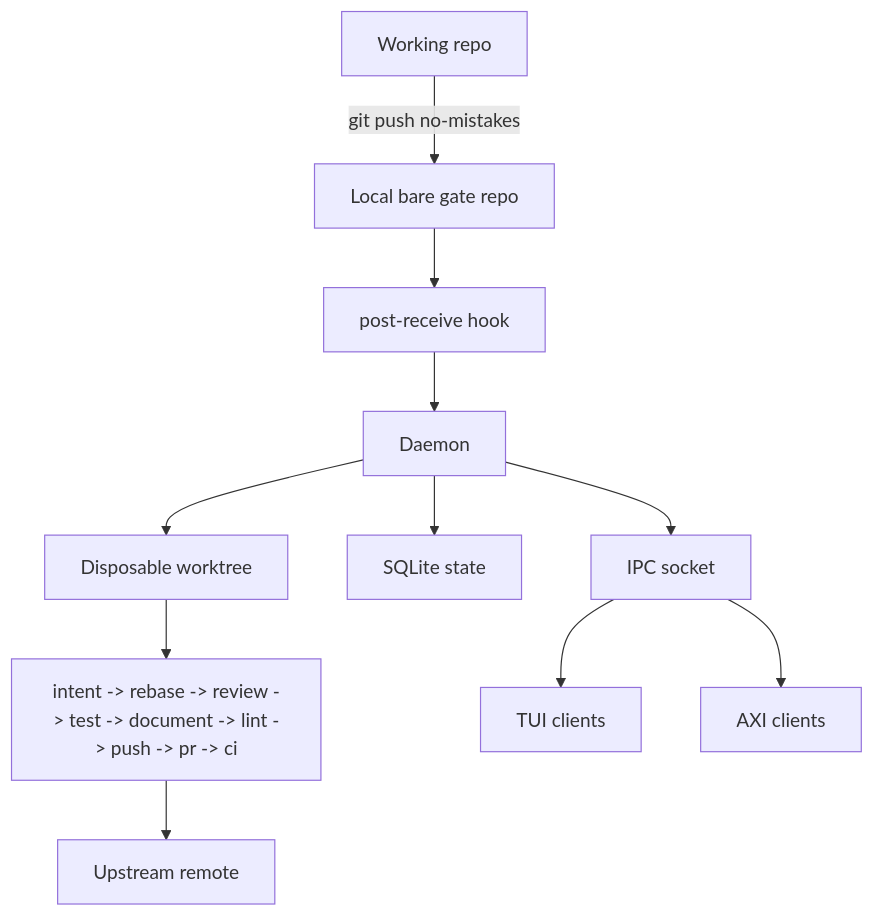
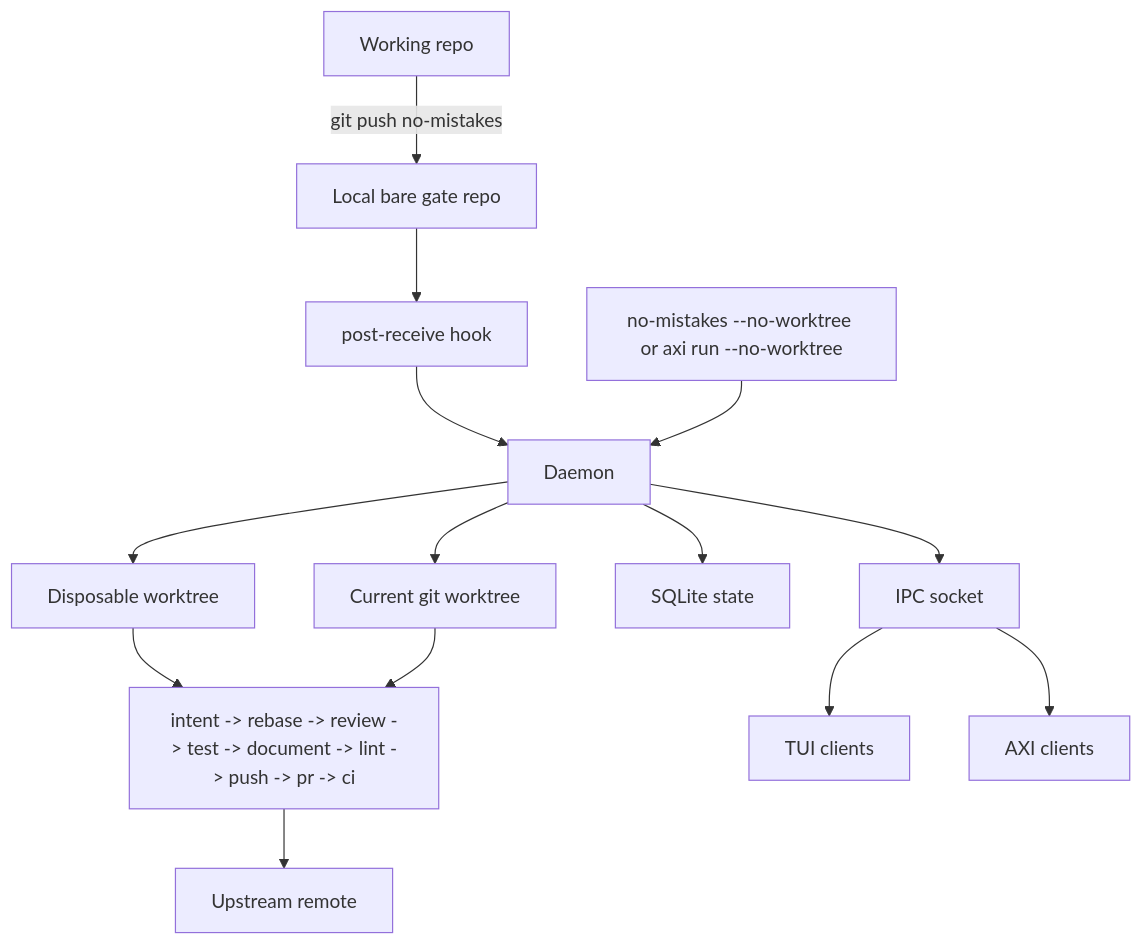
The diagram in docs/src/content/docs/concepts/gate-model.md (anhle128/no-mistakes), drawn with Mermaid before and after one commit. The commit also changed other lines of this file and 52 other files, not shown here.

````diff
--- a/docs/src/content/docs/concepts/gate-model.md
+++ b/docs/src/content/docs/concepts/gate-model.md
@@ -14,13 +14,16 @@
 ```mermaid
 flowchart TD
   repo["Working repo"] -->|"git push no-mistakes"| gate["Local bare gate repo"]
   gate --> hook["post-receive hook"]
   hook --> daemon["Daemon"]
+  axiStart["no-mistakes --no-worktree or axi run --no-worktree"] --> daemon
   daemon --> worktree["Disposable worktree"]
+  daemon --> current["Current git worktree"]
   worktree --> pipeline["intent -> rebase -> review -> test -> document -> lint -> push -> pr -> ci"]
+  current --> pipeline
   pipeline --> upstream["Upstream remote"]
   daemon --> db["SQLite state"]
   daemon --> ipc["IPC socket"]
   ipc --> tui["TUI clients"]
   ipc --> axi["AXI clients"]
 ```
````
